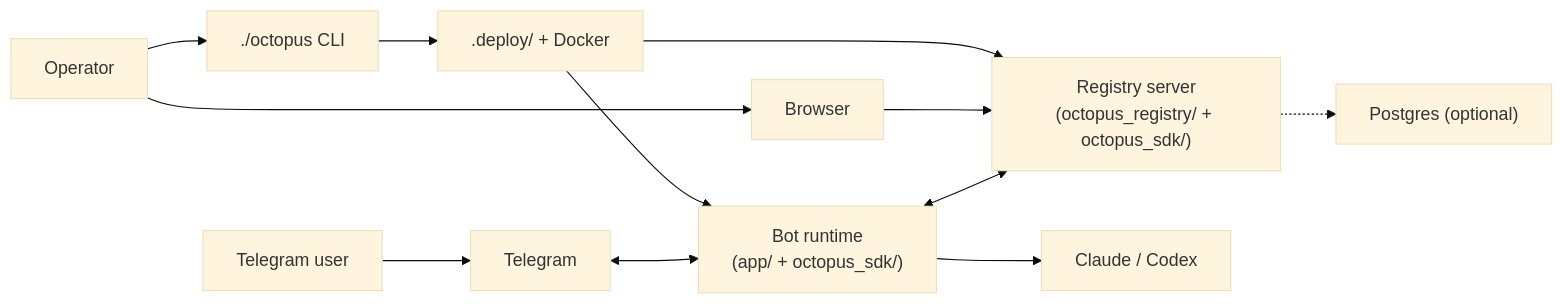
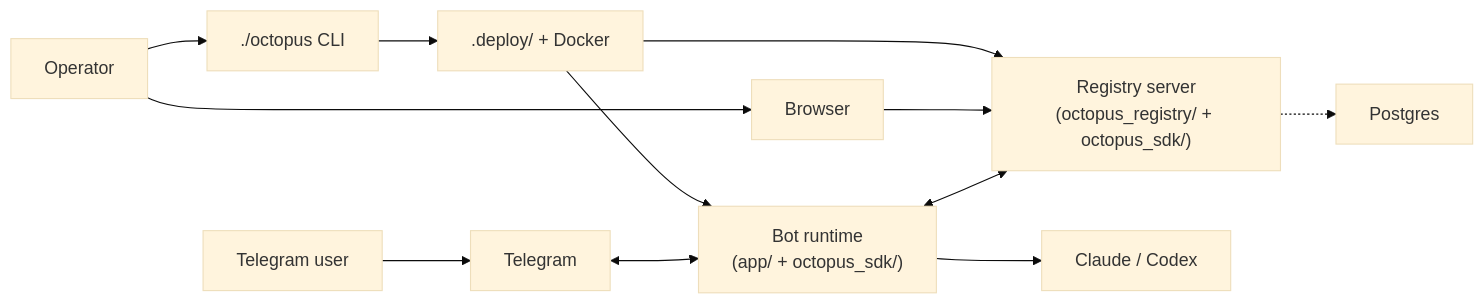
The first of 10 diagrams in ARCHITECTURE.md (privacynow/octopus), drawn with Mermaid (base theme) before and after one commit. The commit also changed other lines of this file and 83 other files, not shown here.

````diff
--- a/ARCHITECTURE.md
+++ b/ARCHITECTURE.md
@@ -20,16 +20,16 @@
 ```mermaid
 flowchart LR
     Operator["Operator"] --> CLI["./octopus CLI"]
     Operator --> Browser["Browser"]
     User["Telegram user"] --> TG["Telegram"]
 
     CLI --> Deploy[".deploy/ + Docker"]
     Deploy --> Bot["Bot runtime<br/>(app/ + octopus_sdk/)"]
     Deploy --> Registry["Registry server<br/>(octopus_registry/ + octopus_sdk/)"]
 
     TG <--> Bot
     Browser --> Registry
     Bot <--> Registry
     Bot --> Provider["Claude / Codex"]
-    Registry -.-> Postgres["Postgres (optional)"]
+    Registry -.-> Postgres["Postgres"]
 ```
````
